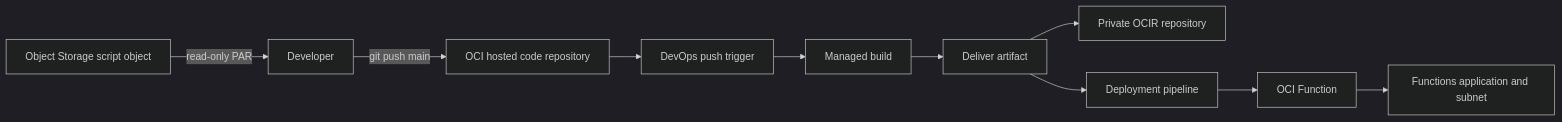
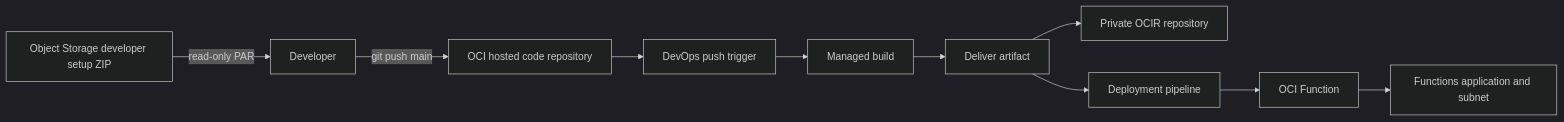
The diagram in docs/ARCHITECTURE.md (mattloomanorcl/Mythics-CICD-Test-Case), drawn with Mermaid (dark theme) before and after one commit. The commit also changed other lines of this file and 15 other files, not shown here.

Commit message:
Release 1.0.0002 - Fixed schema.yaml issues

````diff
--- a/docs/ARCHITECTURE.md
+++ b/docs/ARCHITECTURE.md
@@ -5,12 +5,12 @@
 ```mermaid
 flowchart LR
   Developer -->|git push main| Repo[OCI hosted code repository]
   Repo --> Trigger[DevOps push trigger]
   Trigger --> Build[Managed build]
   Build --> Deliver[Deliver artifact]
   Deliver --> OCIR[Private OCIR repository]
   Deliver --> Deploy[Deployment pipeline]
   Deploy --> Function[OCI Function]
   Function --> App[Functions application and subnet]
-  Bucket[Object Storage script object] -->|read-only PAR| Developer
+  Bucket[Object Storage developer setup ZIP] -->|read-only PAR| Developer
 ```
````
